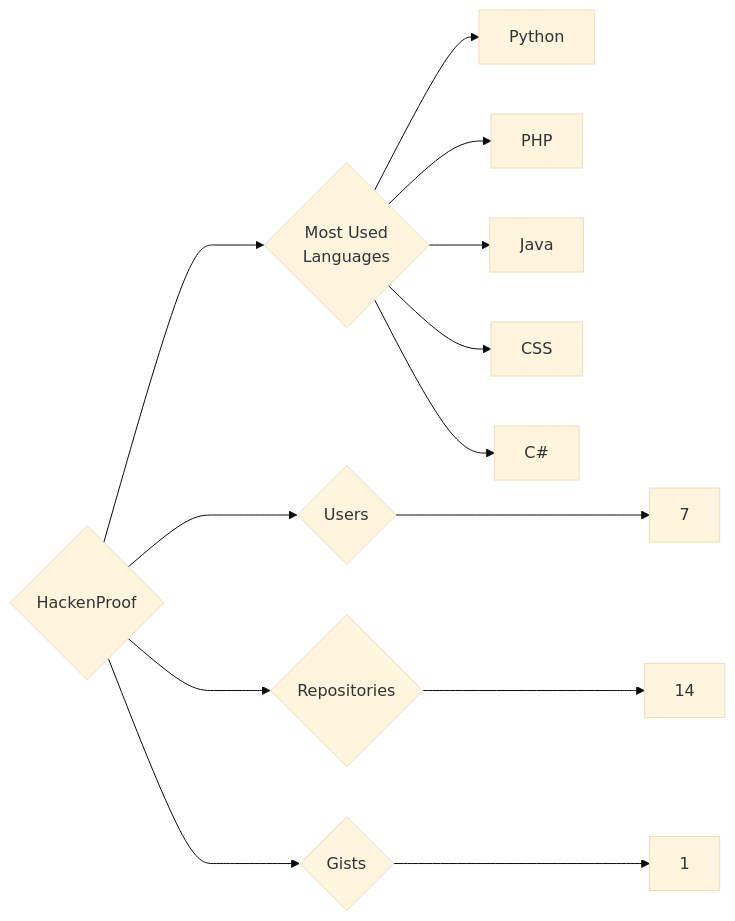
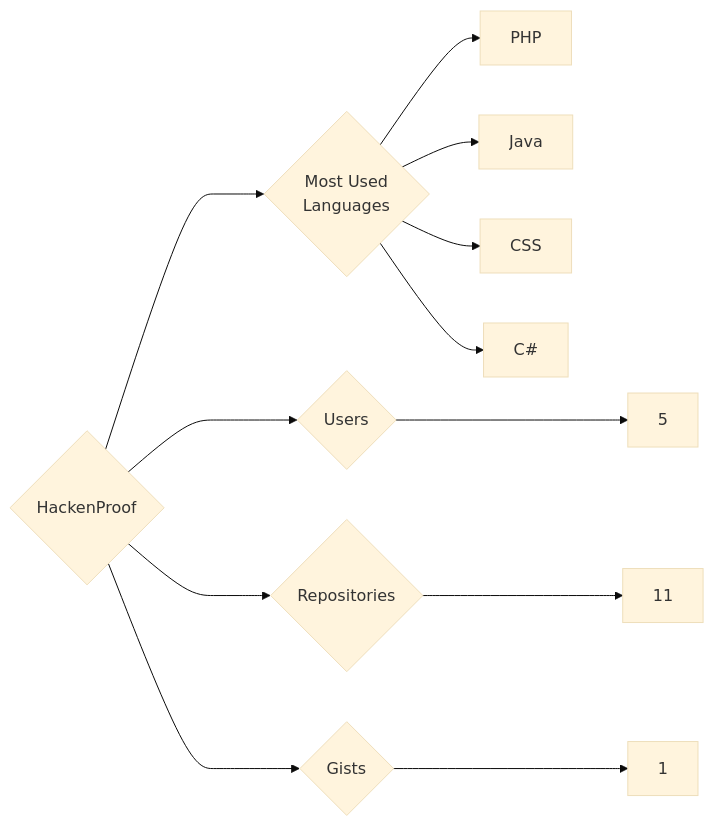
Before and after one commit to trickest/insiders: the diagram in targets/HackenProof/README.md, drawn with Mermaid (base theme). The commit also changed 865 other files, not shown here.

````diff
--- a/targets/HackenProof/README.md
+++ b/targets/HackenProof/README.md
@@ -3,13 +3,12 @@
 ```mermaid
 graph LR
 COMPANY_NAME{HackenProof}
-COMPANY_NAME ---> U{Users} ---> UN[7]
-COMPANY_NAME ---> R{Repositories} ---> RN[14]
+COMPANY_NAME ---> U{Users} ---> UN[5]
+COMPANY_NAME ---> R{Repositories} ---> RN[11]
 COMPANY_NAME ---> G{Gists} ---> GN[1]
 COMPANY_NAME ---> ML{Most Used<br>Languages}
-ML --> Python[Python]
 ML --> PHP[PHP]
 ML --> Java[Java]
 ML --> CSS[CSS]
 ML --> C#[C#]
 ```
````
